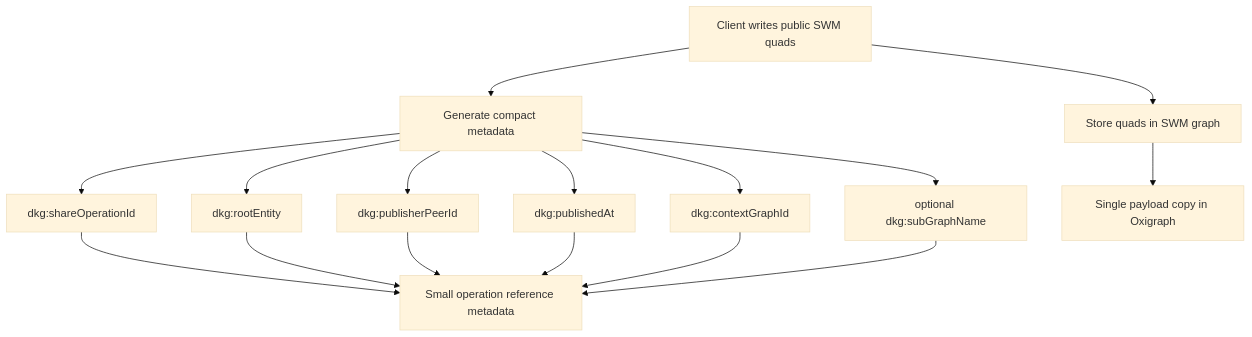
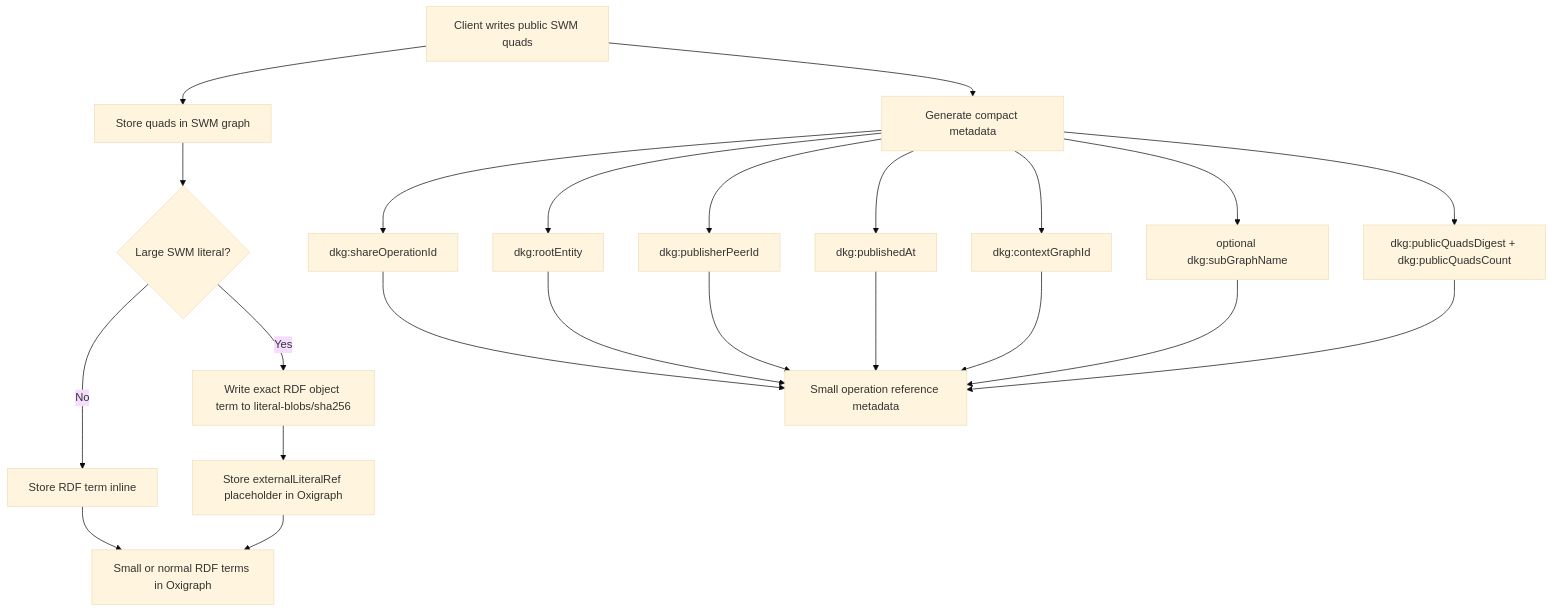
Before and after one commit to KilianTrunk/dkg: the second of 6 diagrams in docs/SWM_LARGE_PAYLOAD_STORAGE_AMPLIFICATION_PR.md, drawn with Mermaid (base theme). The commit also changed other lines of this file and 13 other files, not shown here.

Commit message:
Externalize large SWM literals

````diff
--- a/docs/SWM_LARGE_PAYLOAD_STORAGE_AMPLIFICATION_PR.md
+++ b/docs/SWM_LARGE_PAYLOAD_STORAGE_AMPLIFICATION_PR.md
@@ -67,18 +76,25 @@
 ```mermaid
 flowchart TD
   A["Client writes public SWM quads"] --> B["Store quads in SWM graph"]
   A --> C["Generate compact metadata"]
+  B --> L{"Large SWM literal?"}
+  L -->|No| M["Store RDF term inline"]
+  L -->|Yes| N["Write exact RDF object term to literal-blobs/sha256"]
+  N --> O["Store externalLiteralRef placeholder in Oxigraph"]
   C --> D["dkg:shareOperationId"]
   C --> E["dkg:rootEntity"]
   C --> F["dkg:publisherPeerId"]
   C --> G["dkg:publishedAt"]
   C --> H["dkg:contextGraphId"]
   C --> I["optional dkg:subGraphName"]
-  B --> J["Single payload copy in Oxigraph"]
+  C --> P["dkg:publicQuadsDigest + dkg:publicQuadsCount"]
+  M --> J["Small or normal RDF terms in Oxigraph"]
+  O --> J
   D --> K["Small operation reference metadata"]
   E --> K
   F --> K
   G --> K
   H --> K
   I --> K
+  P --> K
 ```
````
